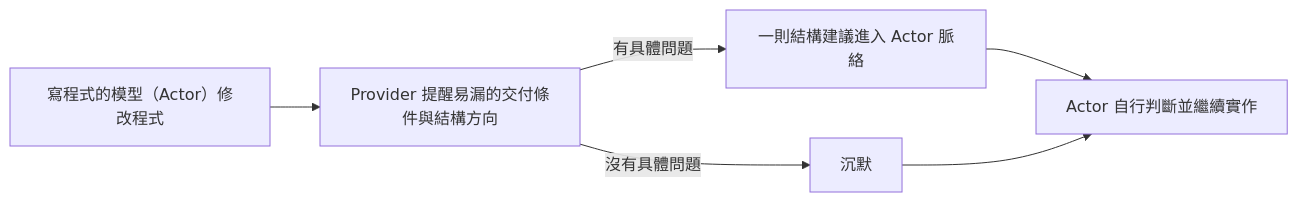
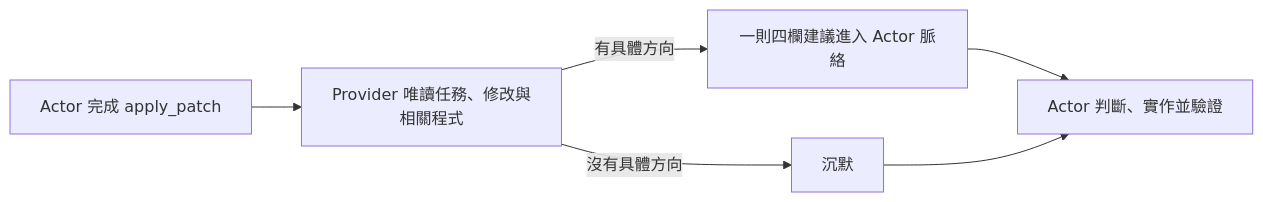
The diagram in README.zh-TW.md (shihchengwei-lab/masters-nudge), drawn with Mermaid before and after one commit. The commit also changed other lines of this file and 425 other files, not shown here.

````diff
--- a/README.zh-TW.md
+++ b/README.zh-TW.md
@@ -11,8 +13,8 @@
 ```mermaid
 flowchart LR
-    A["寫程式的模型（Actor）修改程式"] --> B["Provider 提醒易漏的交付條件與結構方向"]
-    B -->|有具體問題| C["一則結構建議進入 Actor 脈絡"]
-    B -->|沒有具體問題| D["沉默"]
-    C --> E["Actor 自行判斷並繼續實作"]
+    A["Actor 完成 apply_patch"] --> B["Provider 唯讀任務、修改與相關程式"]
+    B -->|有具體方向| C["一則四欄建議進入 Actor 脈絡"]
+    B -->|沒有具體方向| D["沉默"]
+    C --> E["Actor 判斷、實作並驗證"]
     D --> E
 ```
````
